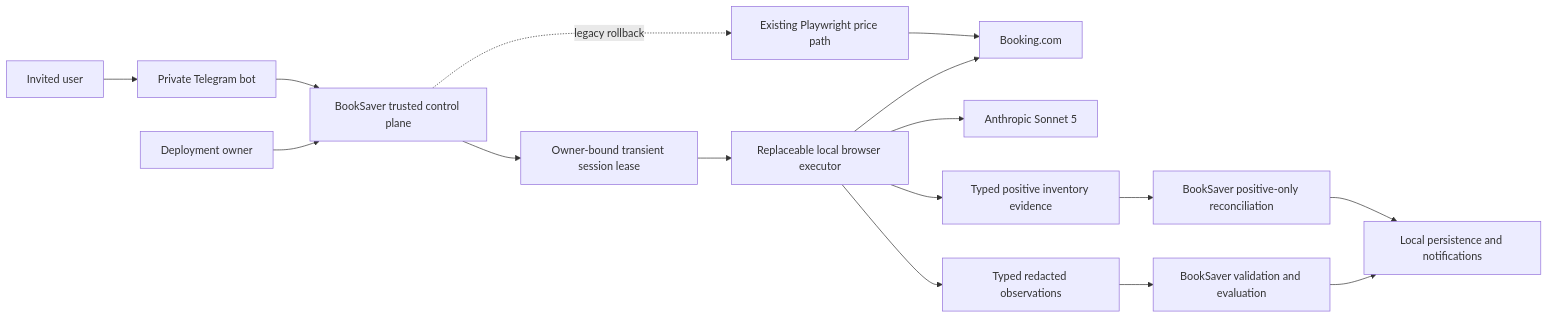
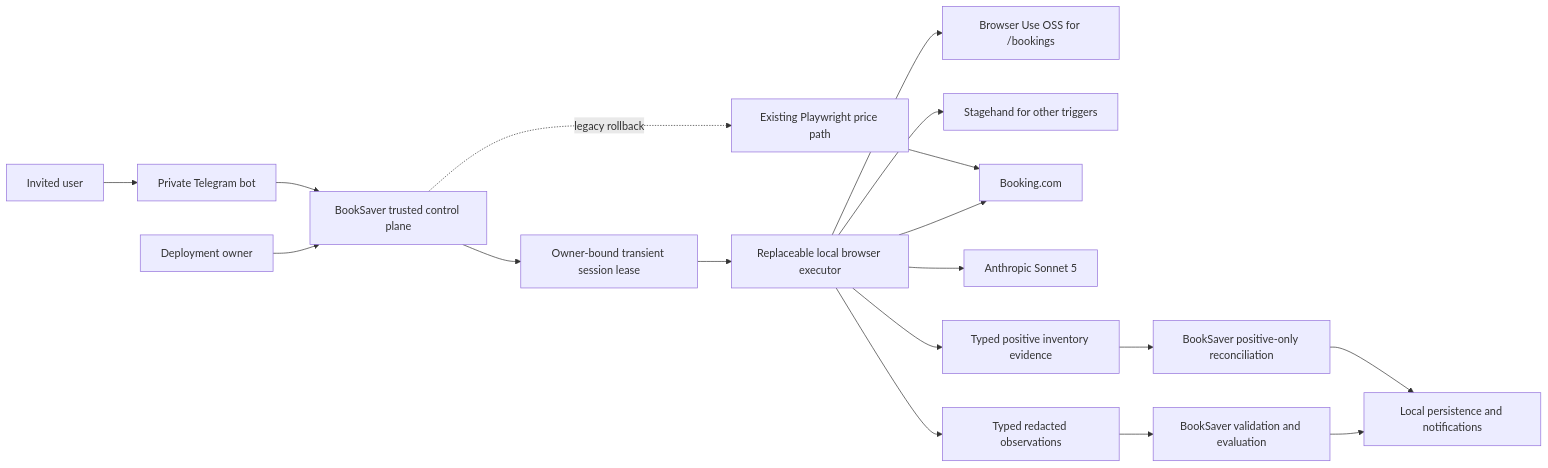
One commit to romkagribok/booksaver-agent changed the diagram in memory-bank/intents/023-replaceable-agentic-browser-executor/system-context.md. Above: the diagram before and after it, drawn with Mermaid. The commit also changed other lines of this file and 30 other files, not shown here.

First line of the commit message:
feat(browser): use Browser Use for bookings inventory (#37)

````diff
--- a/memory-bank/intents/023-replaceable-agentic-browser-executor/system-context.md
+++ b/memory-bank/intents/023-replaceable-agentic-browser-executor/system-context.md
@@ -79,18 +83,20 @@
 ```mermaid
 flowchart LR
     owner["Deployment owner"] --> control["BookSaver trusted control plane"]
     invitee["Invited user"] --> telegram["Private Telegram bot"]
     telegram --> control
     control --> lease["Owner-bound transient session lease"]
     lease --> executor["Replaceable local browser executor"]
+    executor --> browseruse["Browser Use OSS for /bookings"]
+    executor --> stagehand["Stagehand for other triggers"]
     executor --> booking["Booking.com"]
     executor --> anthropic["Anthropic Sonnet 5"]
     executor --> evidence["Typed redacted observations"]
     evidence --> validation["BookSaver validation and evaluation"]
     executor --> inventory["Typed positive inventory evidence"]
     inventory --> reconcile["BookSaver positive-only reconciliation"]
     validation --> persistence["Local persistence and notifications"]
     reconcile --> persistence
     control -. "legacy rollback" .-> legacy["Existing Playwright price path"]
     legacy --> booking
 ```
````
